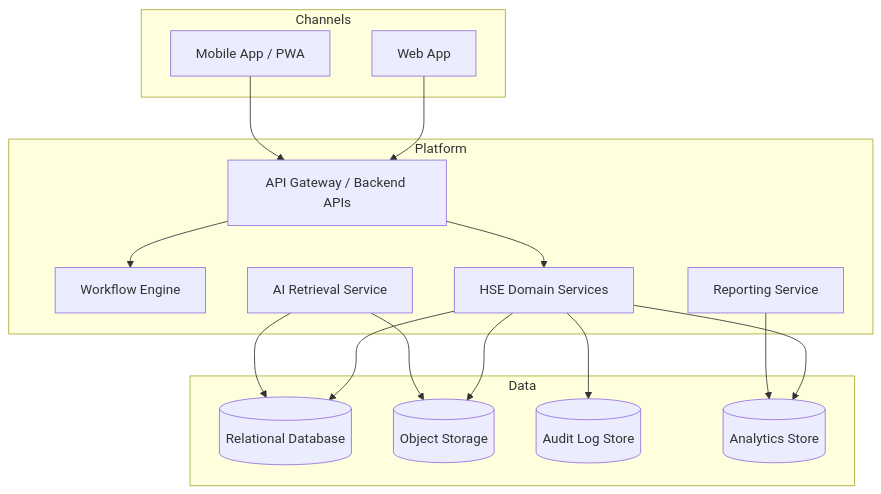
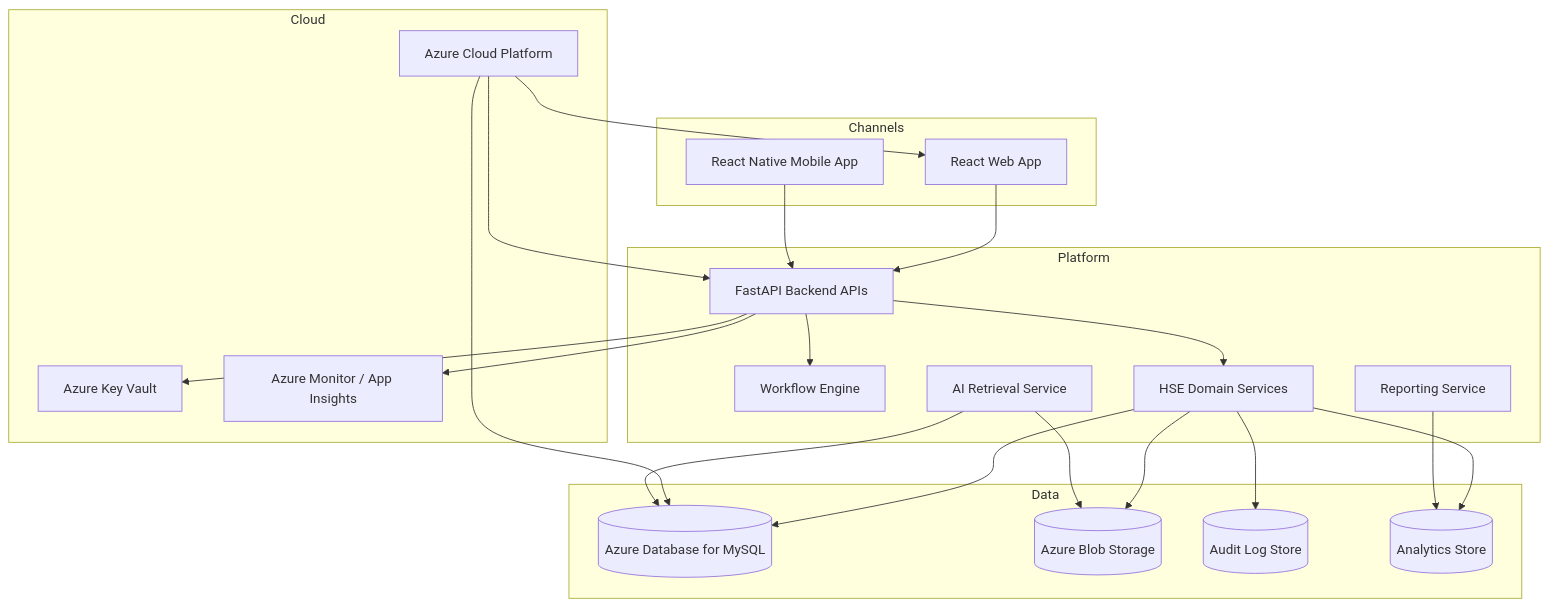
One commit to Nandan222001/health_smart_engage changed the first of 3 diagrams in docs/04_Design/15_High_Level_Design.md. Above: the diagram before and after it, drawn with Mermaid. The commit also changed other lines of this file and 4 other files, not shown here.

````diff
--- a/docs/04_Design/15_High_Level_Design.md
+++ b/docs/04_Design/15_High_Level_Design.md
@@ -63,31 +87,41 @@
 ```mermaid
 flowchart TB
     subgraph Channels
-        Web[Web App]
-        Mobile[Mobile App / PWA]
+        Web[React Web App]
+        Mobile[React Native Mobile App]
     end
     subgraph Platform
-        API[API Gateway / Backend APIs]
+        API[FastAPI Backend APIs]
         Workflow[Workflow Engine]
         Modules[HSE Domain Services]
         Reports[Reporting Service]
         AI[AI Retrieval Service]
     end
     subgraph Data
-        DB[(Relational Database)]
-        Files[(Object Storage)]
+        DB[(Azure Database for MySQL)]
+        Files[(Azure Blob Storage)]
         Audit[(Audit Log Store)]
         Warehouse[(Analytics Store)]
+    end
+    subgraph Cloud
+        Azure[Azure Cloud Platform]
+        KeyVault[Azure Key Vault]
+        Monitor[Azure Monitor / App Insights]
     end
     Web --> API
     Mobile --> API
     API --> Workflow
     API --> Modules
     Modules --> DB
     Modules --> Files
     Modules --> Audit
     Modules --> Warehouse
+    API --> KeyVault
+    API --> Monitor
+    Azure --> Web
+    Azure --> API
+    Azure --> DB
     Reports --> Warehouse
     AI --> Files
     AI --> DB
 ```
````
